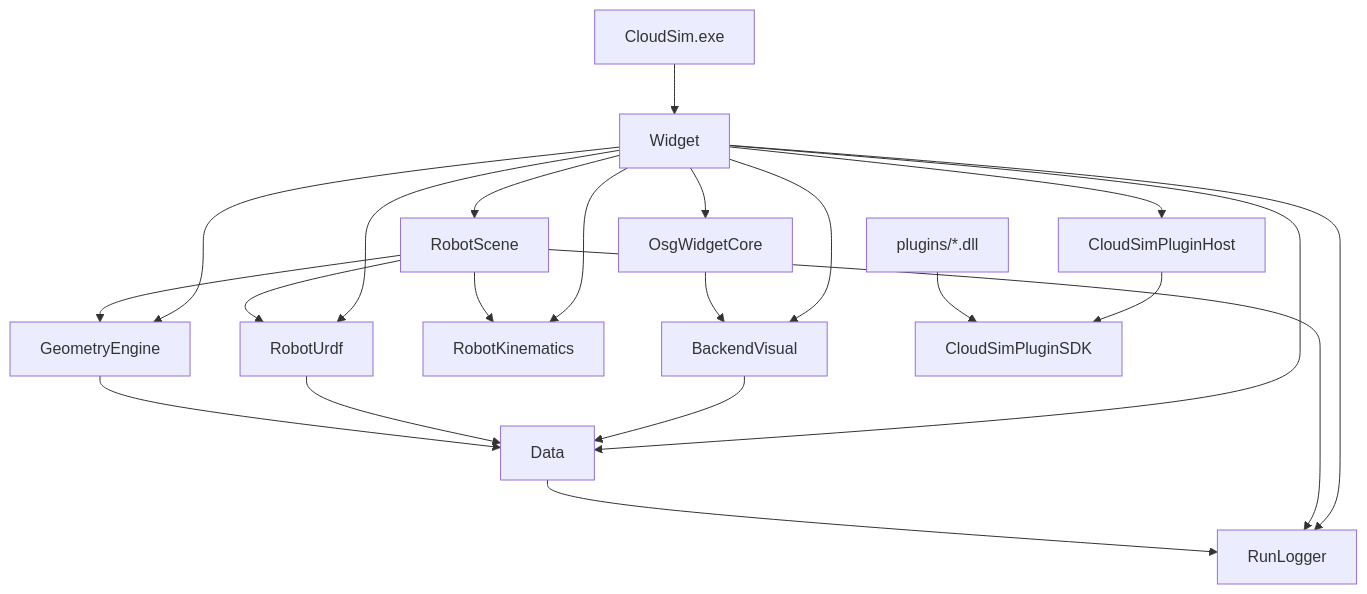
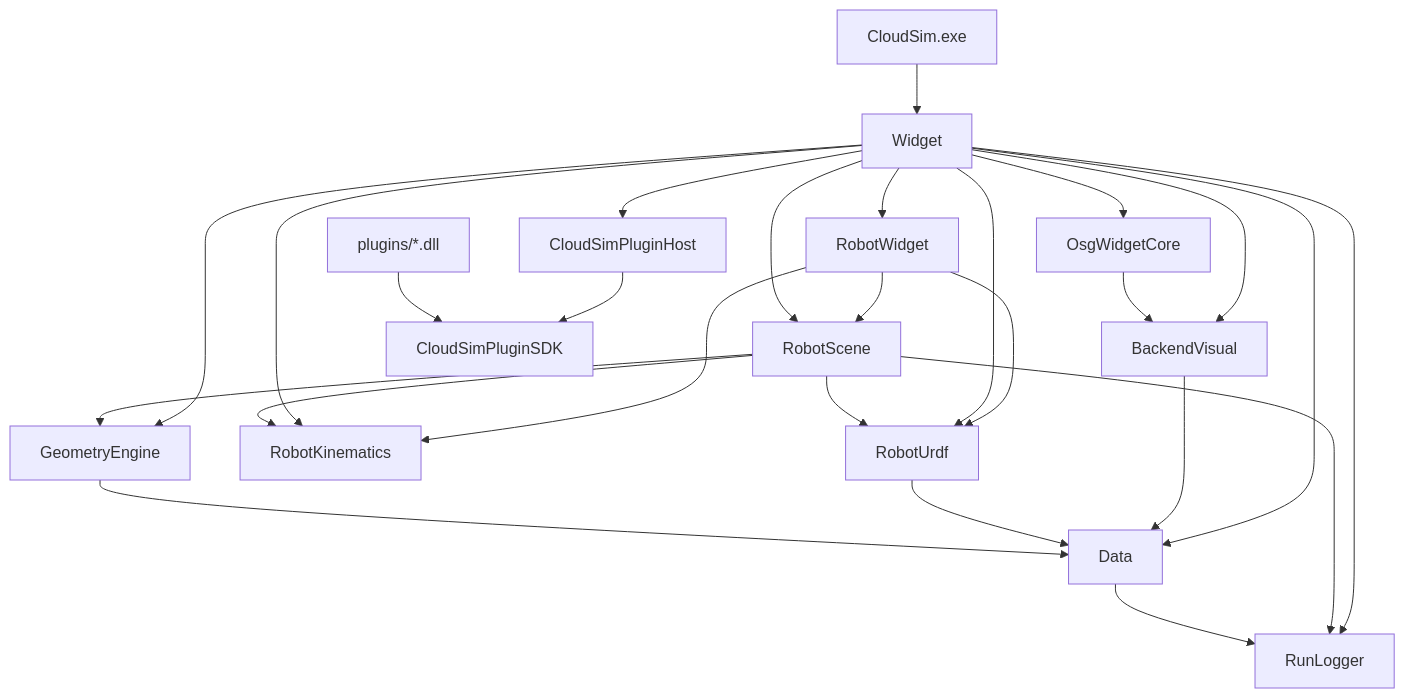
One commit to sanmunejdn/CloudSim changed the diagram in docs/MODULE_DEVELOPER_GUIDES.md. Above: the diagram before and after it, drawn with Mermaid. The commit also changed other lines of this file and 65 other files, not shown here.

````diff
--- a/docs/MODULE_DEVELOPER_GUIDES.md
+++ b/docs/MODULE_DEVELOPER_GUIDES.md
@@ -23,22 +24,26 @@
 ```mermaid
 flowchart TB
   EXE[CloudSim.exe] --> W[Widget]
   W --> O[OsgWidgetCore]
   W --> BV[BackendVisual]
   W --> D[Data]
-  W --> RS[RobotScene]
-  W --> RU[RobotUrdf]
-  W --> RK[RobotKinematics]
+  W --> RW[RobotWidget]
+  RW --> RS[RobotScene]
+  RW --> RU[RobotUrdf]
+  RW --> RK[RobotKinematics]
+  W --> RS
+  W --> RU
+  W --> RK
   W --> GE[GeometryEngine]
   W --> RL[RunLogger]
   W --> PH[CloudSimPluginHost]
   PH --> SDK[CloudSimPluginSDK]
   PLG[plugins/*.dll] --> SDK
   O --> BV --> D
   RS --> GE
   RS --> RU --> D
   RS --> RK
   RS --> RL
   GE --> D
   D --> RL
 ```
````
